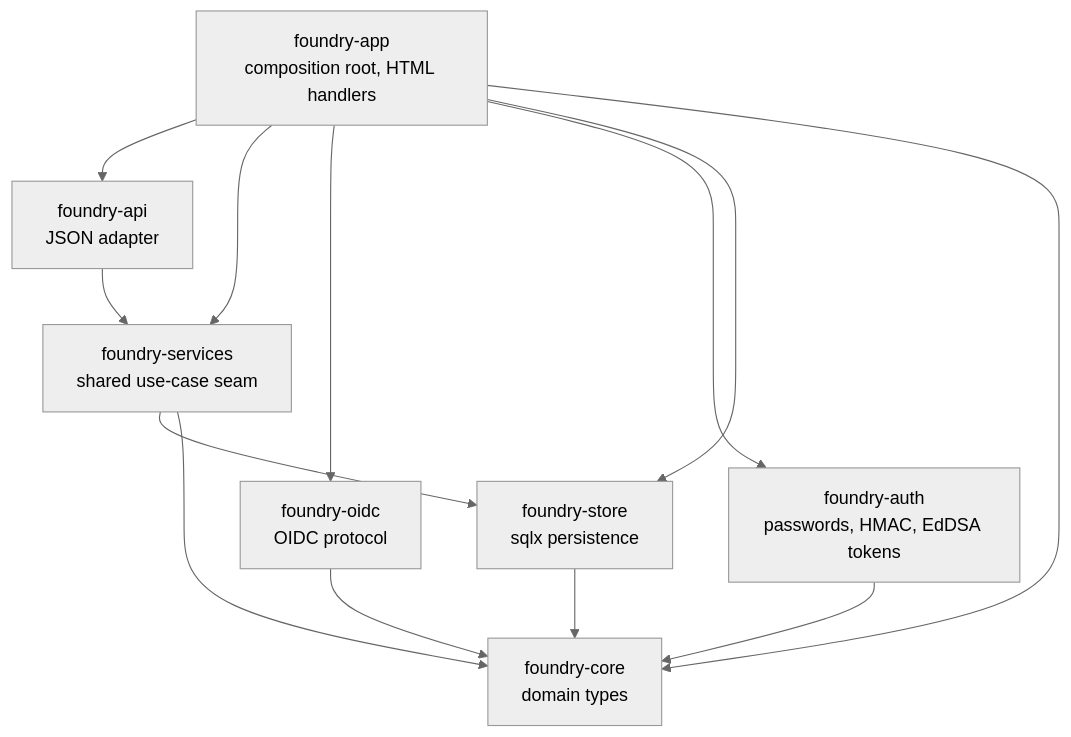
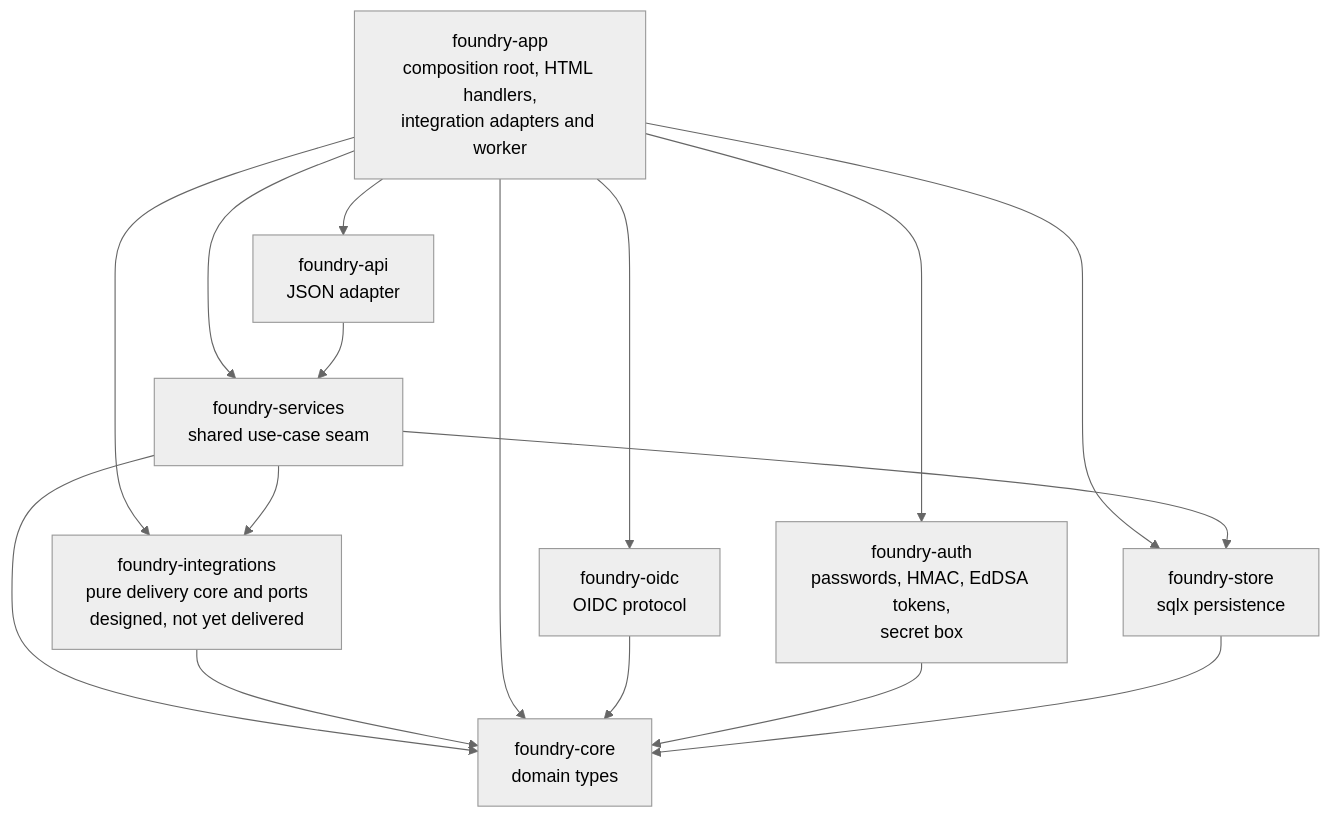
One commit to Canzan/foundry changed the first of 6 diagrams in docs/product/architecture/brief.md. Above: the diagram before and after it, drawn with Mermaid (neutral theme). The commit also changed other lines of this file and 8 other files, not shown here.

````diff
--- a/docs/product/architecture/brief.md
+++ b/docs/product/architecture/brief.md
@@ -819,22 +1034,26 @@
 ```mermaid
 graph TB
-  app[foundry-app<br/>composition root, HTML handlers]
+  app[foundry-app<br/>composition root, HTML handlers,<br/>integration adapters and worker]
   api[foundry-api<br/>JSON adapter]
   svc[foundry-services<br/>shared use-case seam]
+  integ[foundry-integrations<br/>pure delivery core and ports<br/>designed, not yet delivered]
   oidc[foundry-oidc<br/>OIDC protocol]
-  auth[foundry-auth<br/>passwords, HMAC, EdDSA tokens]
+  auth[foundry-auth<br/>passwords, HMAC, EdDSA tokens,<br/>secret box]
   store[foundry-store<br/>sqlx persistence]
   core[foundry-core<br/>domain types]
   app --> api
   app --> svc
+  app --> integ
   app --> oidc
   app --> auth
   app --> store
   api --> svc
   svc --> store
+  svc --> integ
   svc --> core
+  integ --> core
   app --> core
   oidc --> core
   auth --> core
   store --> core
 ```
````
